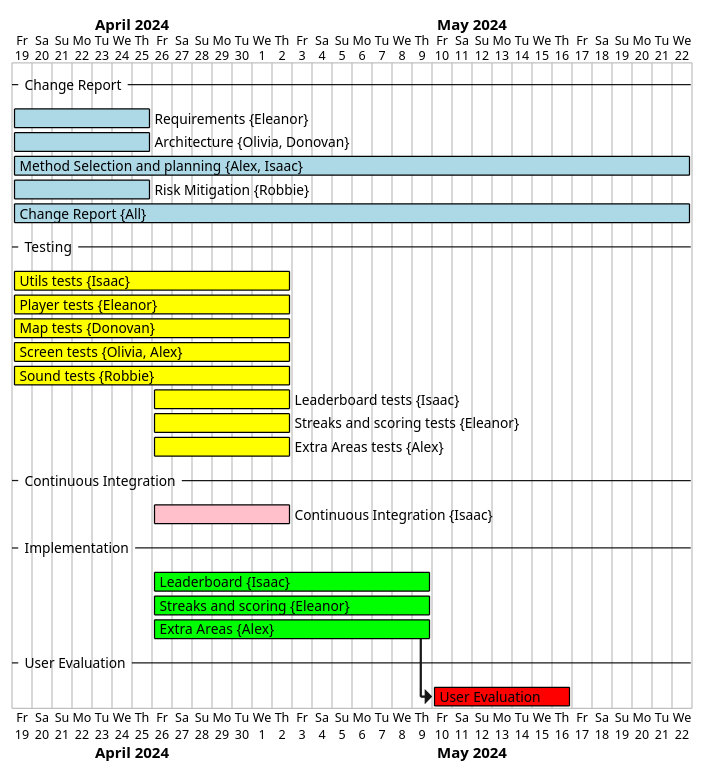
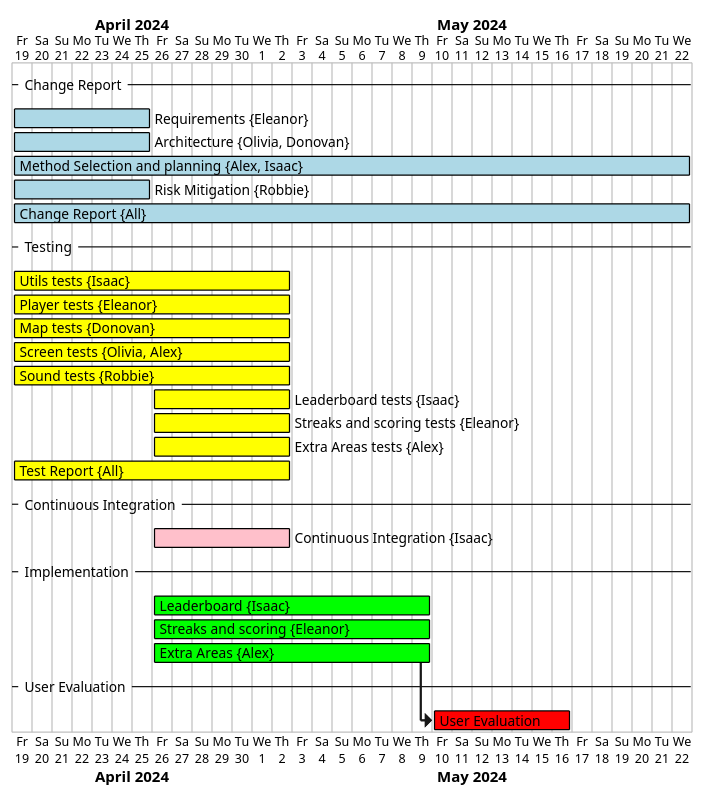
The diagram in plantUML diagrams/Week 2.puml (E-Bickell/ENG1_2), drawn with PlantUML before and after one commit. The commit also changed 4 other files, not shown here.

First line of the commit message:
Updated Gantt charts

```diff
--- a/plantUML diagrams/Week 2.puml
+++ b/plantUML diagrams/Week 2.puml
@@ -1,74 +1,77 @@
 @startgantt
 hide resources footbox
 -- Change Report --
 [Requirements] on {Eleanor} lasts 7 days
 [Architecture] on {Olivia, Donovan} lasts 7 days
 [Method Selection and planning] on {Alex, Isaac} lasts 34 days
 [Risk Mitigation] on {Robbie} lasts 7 days
 [Change Report] on {All} lasts 34 days
 -- Testing --
 [Utils tests] on {Isaac} lasts 14 days
 [Player tests] on {Eleanor} lasts 14 days
 [Map tests] on {Donovan} lasts 14 days
 [Screen tests] on {Olivia, Alex} lasts 14 days
 [Sound tests] on {Robbie} lasts 14 days
 [Leaderboard tests] on {Isaac} lasts 7 days
 [Streaks and scoring tests] on {Eleanor} lasts 7 days
 [Extra Areas tests] on {Alex} lasts 7 days
+[Test Report] on {All} lasts 14 days
 -- Continuous Integration --
 [Continuous Integration] on {Isaac} lasts 7 days
 -- Implementation --
 [Leaderboard] on {Isaac} lasts 14 days
 [Streaks and scoring] on {Eleanor} lasts 14 days
 [Extra Areas] on {Alex} lasts 14 days
 -- User Evaluation --
 then [User Evaluation] lasts 7 days
 
 [Requirements] is colored in LightBlue/Black
 [Architecture] is colored in LightBlue/Black
 [Method Selection and planning] is colored in LightBlue/Black
 [Risk Mitigation] is colored in LightBlue/Black
 [Change Report] is colored in LightBlue/Black
 
 [Utils tests] is colored in Yellow/Black
 [Player tests] is colored in Yellow/Black
 [Map tests] is colored in Yellow/Black
 [Screen tests] is colored in Yellow/Black
 [Sound tests] is colored in Yellow/Black
 [Leaderboard tests] is colored in Yellow/Black
 [Streaks and scoring tests] is colored in Yellow/Black
 [Extra Areas tests] is colored in Yellow/Black
+[Test Report] is colored in Yellow/Black
 
 [Continuous Integration] is colored in Pink/Black
 
 [Leaderboard] is colored in Lime/Black
 [Streaks and scoring] is colored in Lime/Black
 [Extra Areas] is colored in Lime/Black
 
 [User Evaluation] is coloured in Red/Black
 
 Project starts 2024-04-19
 
 [Requirements] starts 2024-04-19
 [Architecture] starts 2024-04-19
 [Method Selection and planning] starts 2024-04-19
 [Risk Mitigation] starts 2024-04-19
 [Change Report] starts 2024-04-19
 
 [Utils tests] starts 2024-04-19
 [Player tests] starts 2024-04-19
 [Map tests] starts 2024-04-19
 [Screen tests] starts 2024-04-19
 [Sound tests] starts 2024-04-19
 [Leaderboard tests] starts 2024-04-26
 [Streaks and scoring tests] starts 2024-04-26
 [Extra Areas tests] starts 2024-04-26
+[Test Report] starts 2024-04-19
 
 [Continuous Integration] starts at 2024-04-26
 
 [Leaderboard] starts at 2024-04-26
 [Streaks and scoring] starts at 2024-04-26
 [Extra Areas] starts at 2024-04-26
 
 [User Evaluation] starts at [Extra Areas]'s end
 @endgantt
```
